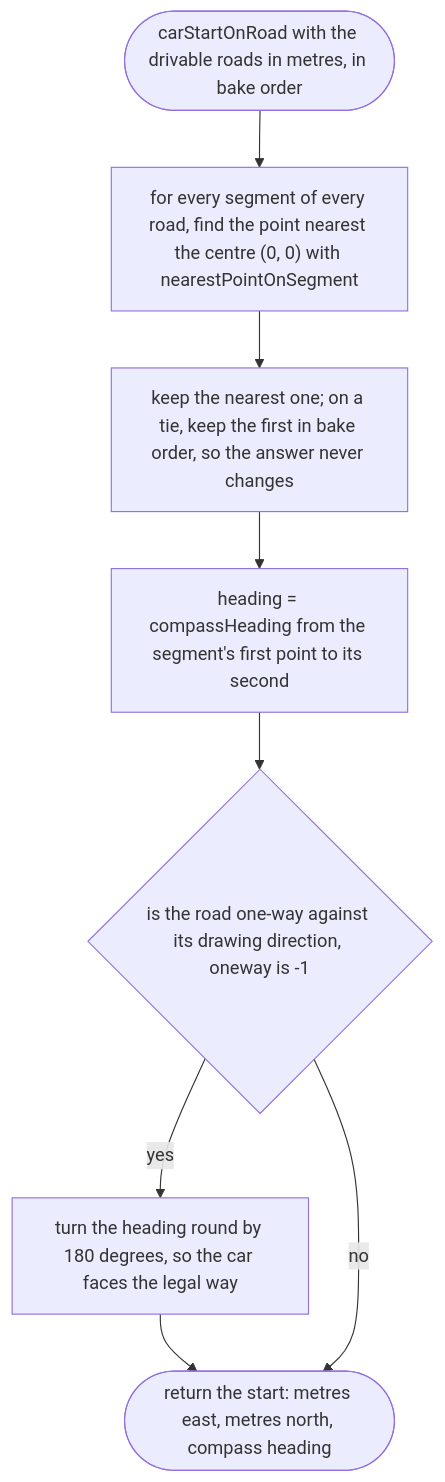
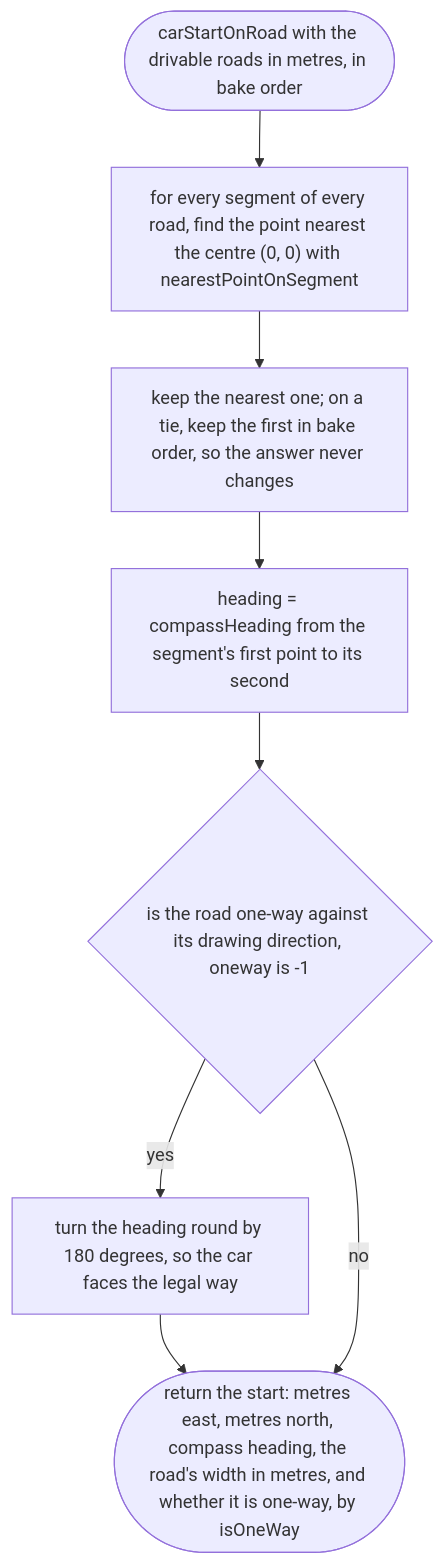
One commit to NewDara-Star/world-engine changed the first of 3 diagrams in docs/designs/tools/bake/start.md. Above: the diagram before and after it, drawn with Mermaid. The commit also changed other lines of this file and 41 other files, not shown here.

````diff
--- a/docs/designs/tools/bake/start.md
+++ b/docs/designs/tools/bake/start.md
@@ -15,13 +17,13 @@
 ```mermaid
 flowchart TD
   s(["carStartOnRoad with the drivable roads in metres, in bake order"])
   a["for every segment of every road, find the point nearest the centre (0, 0) with nearestPointOnSegment"]
   b["keep the nearest one; on a tie, keep the first in bake order, so the answer never changes"]
   c["heading = compassHeading from the segment's first point to its second"]
   d{"is the road one-way against its drawing direction, oneway is -1"}
   e["turn the heading round by 180 degrees, so the car faces the legal way"]
-  f(["return the start: metres east, metres north, compass heading"])
+  f(["return the start: metres east, metres north, compass heading, the road's width in metres, and whether it is one-way, by isOneWay"])
   s --> a --> b --> c --> d
   d -->|"yes"| e --> f
   d -->|"no"| f
 ```
````
